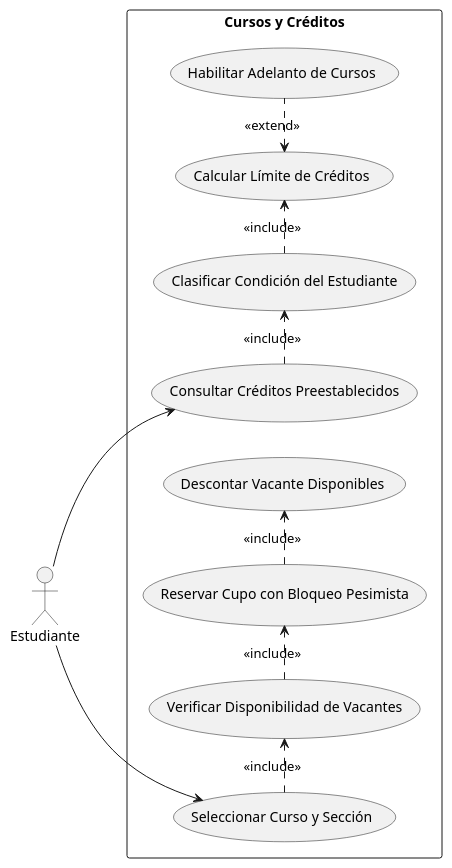
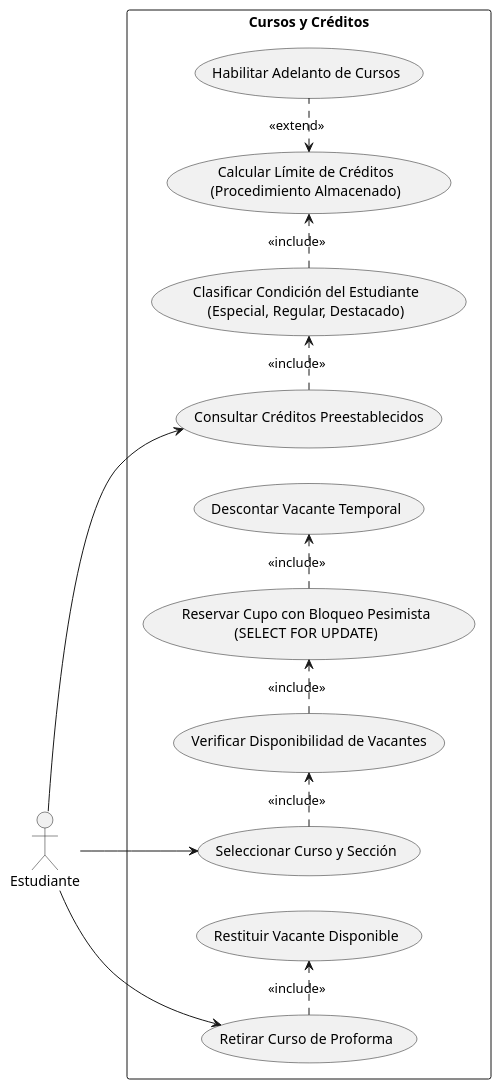
The diagram in diagramas/casos-de-uso/cursoscreditos.puml (jsondev999/sistema-matricula), drawn with PlantUML before and after one commit. The commit also changed 6 other files, not shown here.

Commit message:
Actualiza diagramas

```diff
--- a/diagramas/casos-de-uso/cursoscreditos.puml
+++ b/diagramas/casos-de-uso/cursoscreditos.puml
@@ -1,28 +1,35 @@
 @startuml cursos y creditos
 left to right direction
 skinparam packageStyle rectangle
 
 actor "Estudiante" as est
 
 rectangle "Cursos y Créditos" {
     usecase "Consultar Créditos Preestablecidos" as UC_VerCreditos
-    usecase "Clasificar Condición del Estudiante" as UC_Clasificar
-    usecase "Calcular Límite de Créditos" as UC_CalcLimite
+    usecase "Clasificar Condición del Estudiante\n(Especial, Regular, Destacado)" as UC_Clasificar
+    usecase "Calcular Límite de Créditos\n(Procedimiento Almacenado)" as UC_CalcLimite
     usecase "Habilitar Adelanto de Cursos" as UC_Adelanto
+    
     usecase "Seleccionar Curso y Sección" as UC_SelCurso
     usecase "Verificar Disponibilidad de Vacantes" as UC_VerifVac
-    usecase "Reservar Cupo con Bloqueo Pesimista" as UC_BloqueoPes
-    usecase "Descontar Vacante Disponibles" as UC_DescVac
+    usecase "Reservar Cupo con Bloqueo Pesimista\n(SELECT FOR UPDATE)" as UC_BloqueoPes
+    usecase "Descontar Vacante Temporal" as UC_DescVac
+    
+    usecase "Retirar Curso de Proforma" as UC_RetirarCurso
+    usecase "Restituir Vacante Disponible" as UC_RestituirVac
 }
 
 est --> UC_VerCreditos
 est --> UC_SelCurso
+est --> UC_RetirarCurso
 
 UC_VerCreditos .> UC_Clasificar : <<include>>
 UC_Clasificar .> UC_CalcLimite : <<include>>
 UC_CalcLimite <. UC_Adelanto : <<extend>>
 
 UC_SelCurso .> UC_VerifVac : <<include>>
 UC_VerifVac .> UC_BloqueoPes : <<include>>
 UC_BloqueoPes .> UC_DescVac : <<include>>
+
+UC_RetirarCurso .> UC_RestituirVac : <<include>>
 @enduml
```
